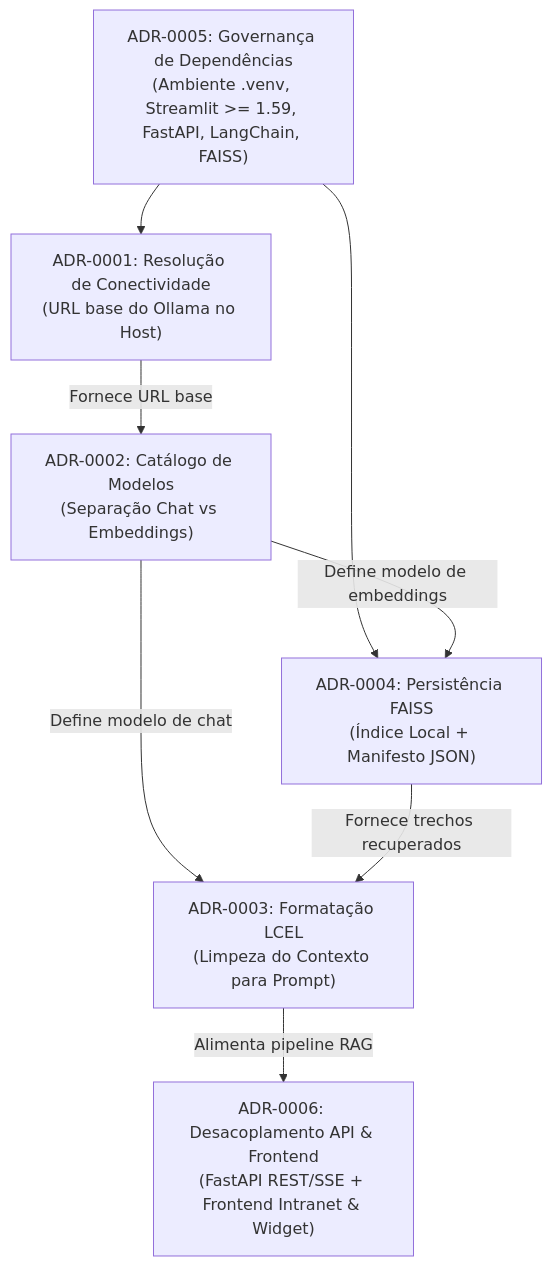
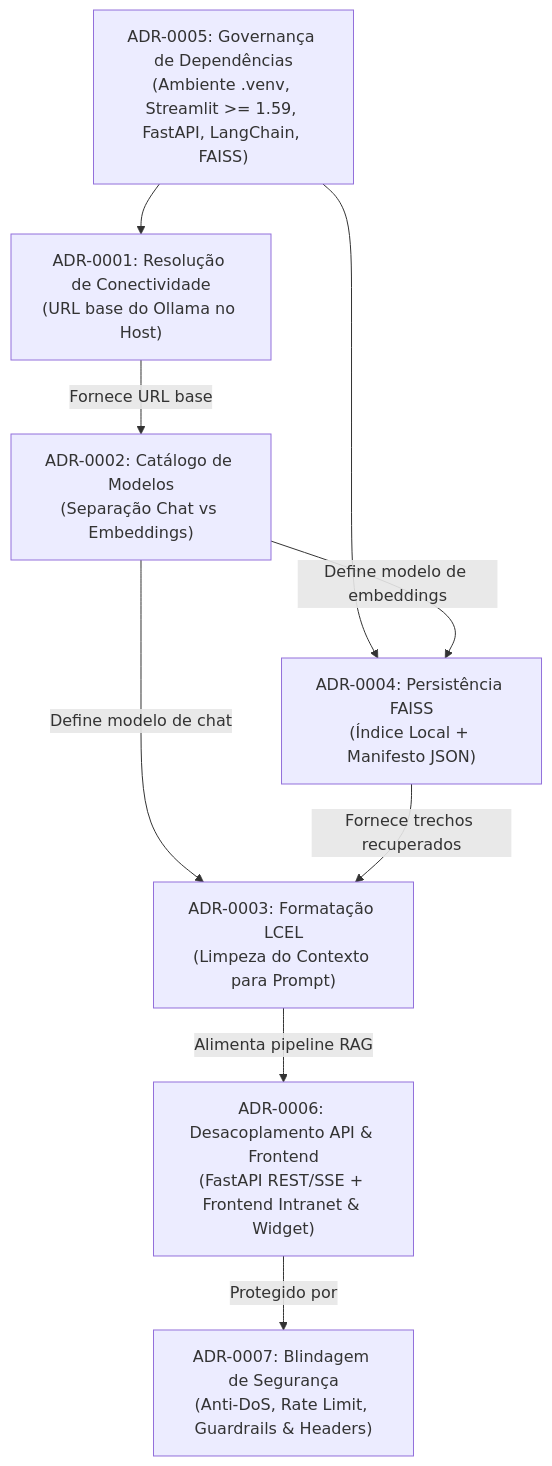
The diagram in docs/adr/README.md (niqueborges/agente-ia-rh), drawn with Mermaid before and after one commit. The commit also changed other lines of this file and 8 other files, not shown here.

Commit message:
feat(security): implement API security hardening, concurrency limiter, rate limiting and guardrails (ADR-0007)

````diff
--- a/docs/adr/README.md
+++ b/docs/adr/README.md
@@ -37,17 +38,19 @@
 ```mermaid
 flowchart TD
     ADR0005["ADR-0005: Governança de Dependências<br/>(Ambiente .venv, Streamlit >= 1.59, FastAPI, LangChain, FAISS)"]
     ADR0001["ADR-0001: Resolução de Conectividade<br/>(URL base do Ollama no Host)"]
     ADR0002["ADR-0002: Catálogo de Modelos<br/>(Separação Chat vs Embeddings)"]
     ADR0004["ADR-0004: Persistência FAISS<br/>(Índice Local + Manifesto JSON)"]
     ADR0003["ADR-0003: Formatação LCEL<br/>(Limpeza do Contexto para Prompt)"]
     ADR0006["ADR-0006: Desacoplamento API & Frontend<br/>(FastAPI REST/SSE + Frontend Intranet & Widget)"]
+    ADR0007["ADR-0007: Blindagem de Segurança<br/>(Anti-DoS, Rate Limit, Guardrails & Headers)"]
 
     ADR0005 --> ADR0001
     ADR0005 --> ADR0004
     ADR0001 -->|Fornece URL base| ADR0002
     ADR0002 -->|Define modelo de embeddings| ADR0004
     ADR0002 -->|Define modelo de chat| ADR0003
     ADR0004 -->|Fornece trechos recuperados| ADR0003
     ADR0003 -->|Alimenta pipeline RAG| ADR0006
+    ADR0006 -->|Protegido por| ADR0007
 ```
````
